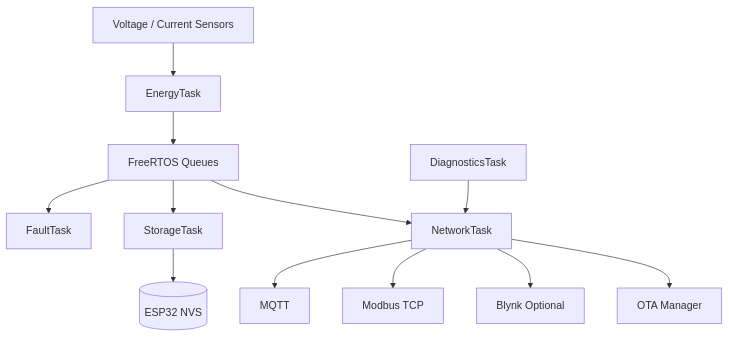
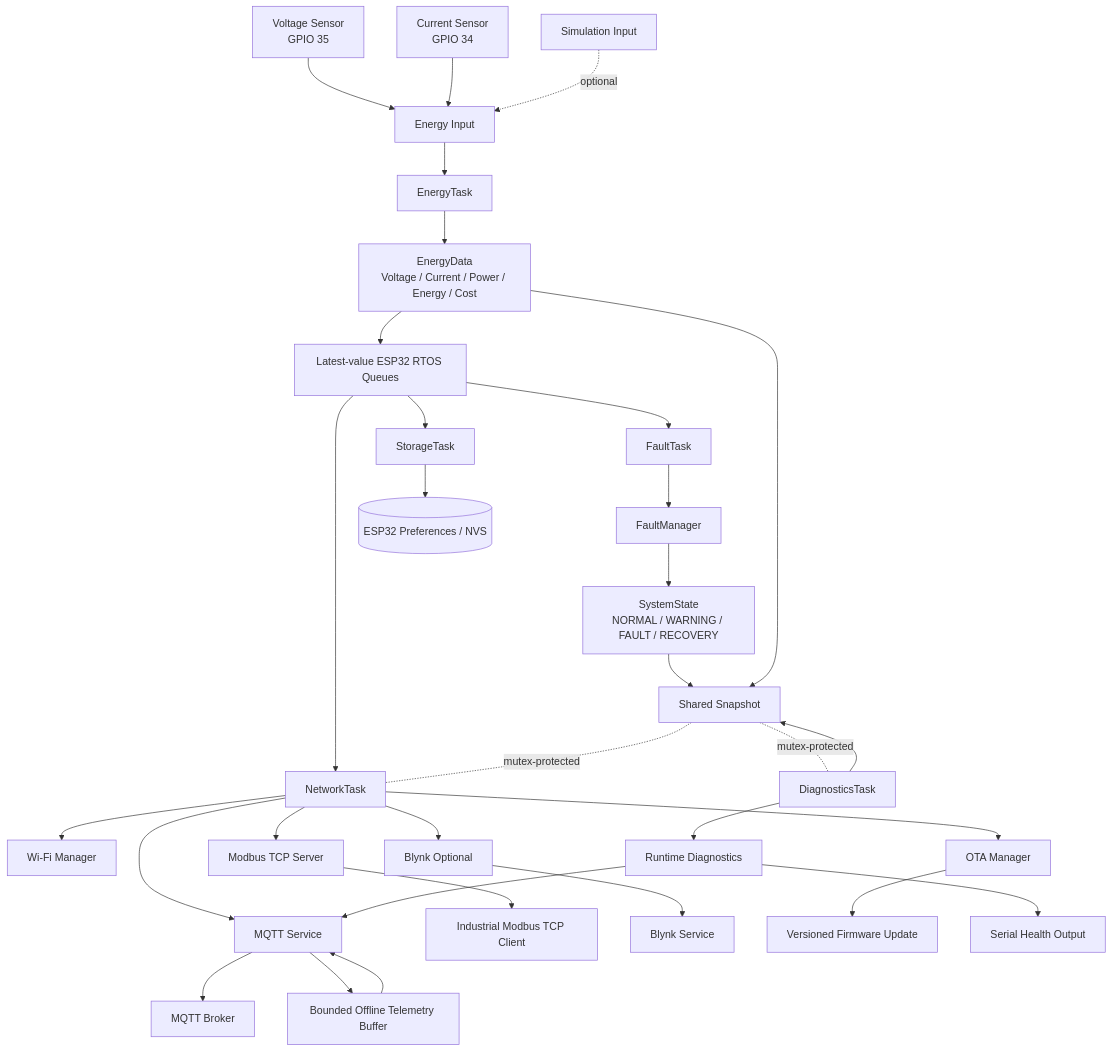
Before and after one commit to ANUKOOL324/Industrial_Energy_Edge_Controller: the diagram in README.md, drawn with Mermaid. The commit also changed other lines of this file, not shown here.

````diff
--- a/README.md
+++ b/README.md
@@ -20,14 +26,42 @@
 ```mermaid
 flowchart TD
-    Sensors[Voltage / Current Sensors] --> Energy[EnergyTask]
-    Energy --> Queues[FreeRTOS Queues]
-    Queues --> Fault[FaultTask]
-    Queues --> Storage[StorageTask]
-    Queues --> Network[NetworkTask]
-    Storage --> NVS[(ESP32 NVS)]
-    Network --> MQTT[MQTT]
-    Network --> Modbus[Modbus TCP]
-    Network --> Blynk[Blynk Optional]
-    Network --> OTA[OTA Manager]
-    Diagnostics[DiagnosticsTask] --> Network
+    Sensors[Voltage Sensor<br/>GPIO 35] --> Input[Energy Input]
+    Current[Current Sensor<br/>GPIO 34] --> Input
+    Simulator[Simulation Input] -. optional .-> Input
+    Input --> Energy[EnergyTask]
+    Energy --> Measure[EnergyData<br/>Voltage / Current / Power / Energy / Cost]
+    Measure --> EnergyQueues[Latest-value ESP32 RTOS Queues]
+
+    EnergyQueues --> FaultTask[FaultTask]
+    EnergyQueues --> StorageTask[StorageTask]
+    EnergyQueues --> NetworkTask[NetworkTask]
+
+    FaultTask --> FaultManager[FaultManager]
+    FaultManager --> FaultState[SystemState<br/>NORMAL / WARNING / FAULT / RECOVERY]
+    FaultState --> Snapshot[Shared Snapshot]
+    Measure --> Snapshot
+
+    StorageTask --> NVS[(ESP32 Preferences / NVS)]
+
+    NetworkTask --> WiFi[Wi-Fi Manager]
+    NetworkTask --> MQTTService[MQTT Service]
+    NetworkTask --> ModbusService[Modbus TCP Server]
+    NetworkTask --> Blynk[Blynk Optional]
+    NetworkTask --> OTAManager[OTA Manager]
+
+    MQTTService --> MQTTBroker[MQTT Broker]
+    MQTTService --> OfflineBuffer[Bounded Offline Telemetry Buffer]
+    OfflineBuffer --> MQTTService
+
+    ModbusService --> ModbusClient[Industrial Modbus TCP Client]
+    Blynk --> BlynkCloud[Blynk Service]
+    OTAManager --> Firmware[Versioned Firmware Update]
+
+    DiagnosticsTask[DiagnosticsTask] --> Snapshot
+    DiagnosticsTask --> RuntimeHealth[Runtime Diagnostics]
+    RuntimeHealth --> MQTTService
+    RuntimeHealth --> Serial[Serial Health Output]
+
+    Snapshot -. mutex-protected .- NetworkTask
+    Snapshot -. mutex-protected .- DiagnosticsTask
 ```
````
